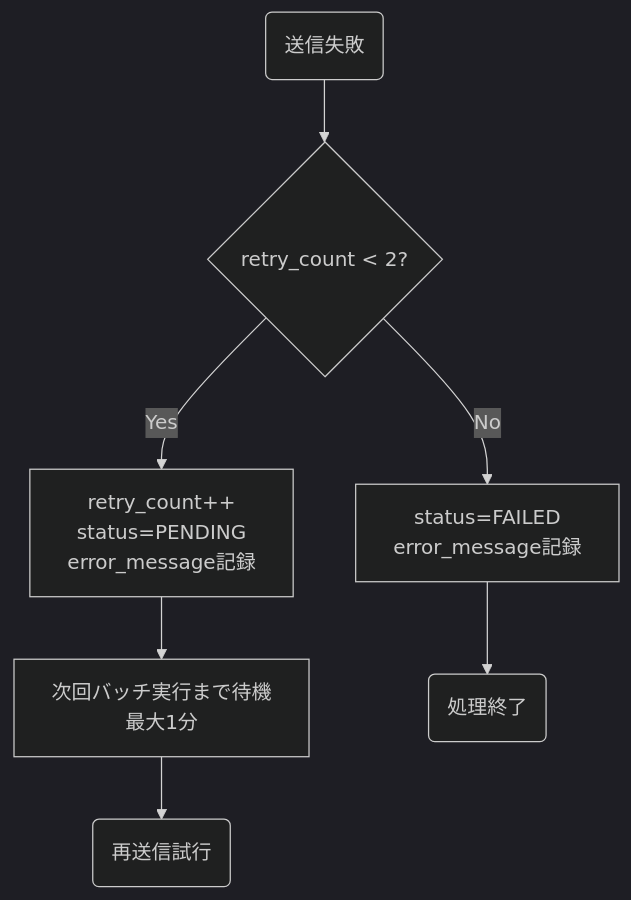
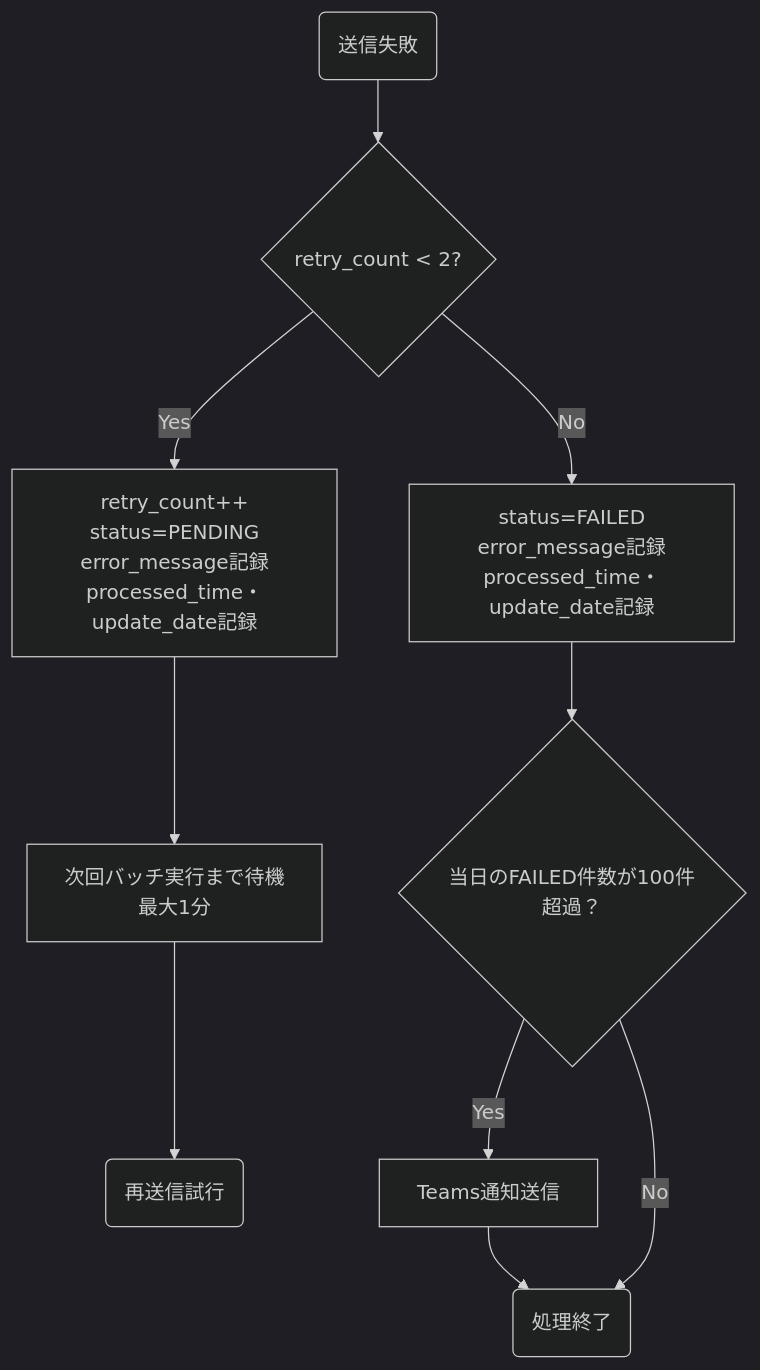
The second of 2 diagrams in docs/03-features/batch/scheduled-email-job/README.md (NSW-SVCP-AIWG002/Databricks-IoT), drawn with Mermaid (dark theme) before and after one commit. The commit also changed other lines of this file and 3 other files, not shown here.

````diff
--- a/docs/03-features/batch/scheduled-email-job/README.md
+++ b/docs/03-features/batch/scheduled-email-job/README.md
@@ -216,9 +233,12 @@
 ```mermaid
 flowchart TB
     A(送信失敗) --> B{retry_count < 2?}
-    B -->|Yes| C[retry_count++<br>status=PENDING<br>error_message記録]
-    B -->|No| D[status=FAILED<br>error_message記録]
+    B -->|Yes| C[retry_count++<br>status=PENDING<br>error_message記録<br>processed_time・update_date記録]
+    B -->|No| D[status=FAILED<br>error_message記録<br>processed_time・update_date記録]
+    D --> H{当日のFAILED件数が100件超過？}
+    H --> |Yes| I[Teams通知送信]
+    H --> |No| G(処理終了)
+    I --> G
     C --> E[次回バッチ実行まで待機<br>最大1分]
     E --> F(再送信試行)
-    D --> G(処理終了)
 ```
````
